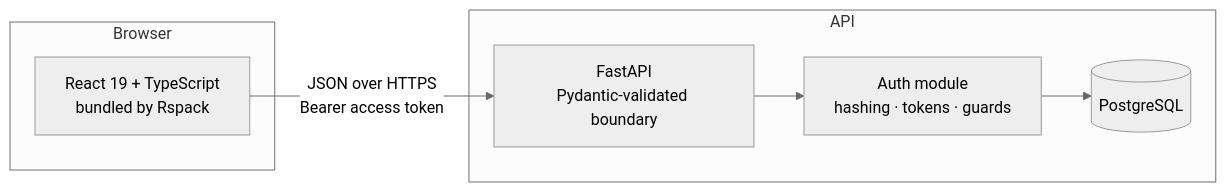
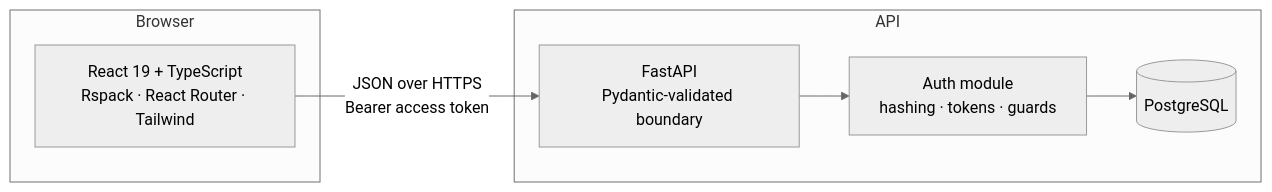
Before and after one commit to tanmaydev7/react-fastapi-basic-auth-app-template: the first of 2 diagrams in README.md, drawn with Mermaid (neutral theme). The commit also changed other lines of this file, not shown here.

````diff
--- a/README.md
+++ b/README.md
@@ -63,16 +69,16 @@
 ```mermaid
 flowchart LR
     subgraph Client["Browser"]
-        UI["React 19 + TypeScript<br/>bundled by Rspack"]
+        UI["React 19 + TypeScript<br/>Rspack · React Router · Tailwind"]
     end
 
     subgraph Server["API"]
         API["FastAPI<br/>Pydantic-validated boundary"]
         AUTH["Auth module<br/>hashing · tokens · guards"]
         DB[("PostgreSQL")]
     end
 
     UI -- "JSON over HTTPS<br/>Bearer access token" --> API
     API --> AUTH
     AUTH --> DB
 ```
````
